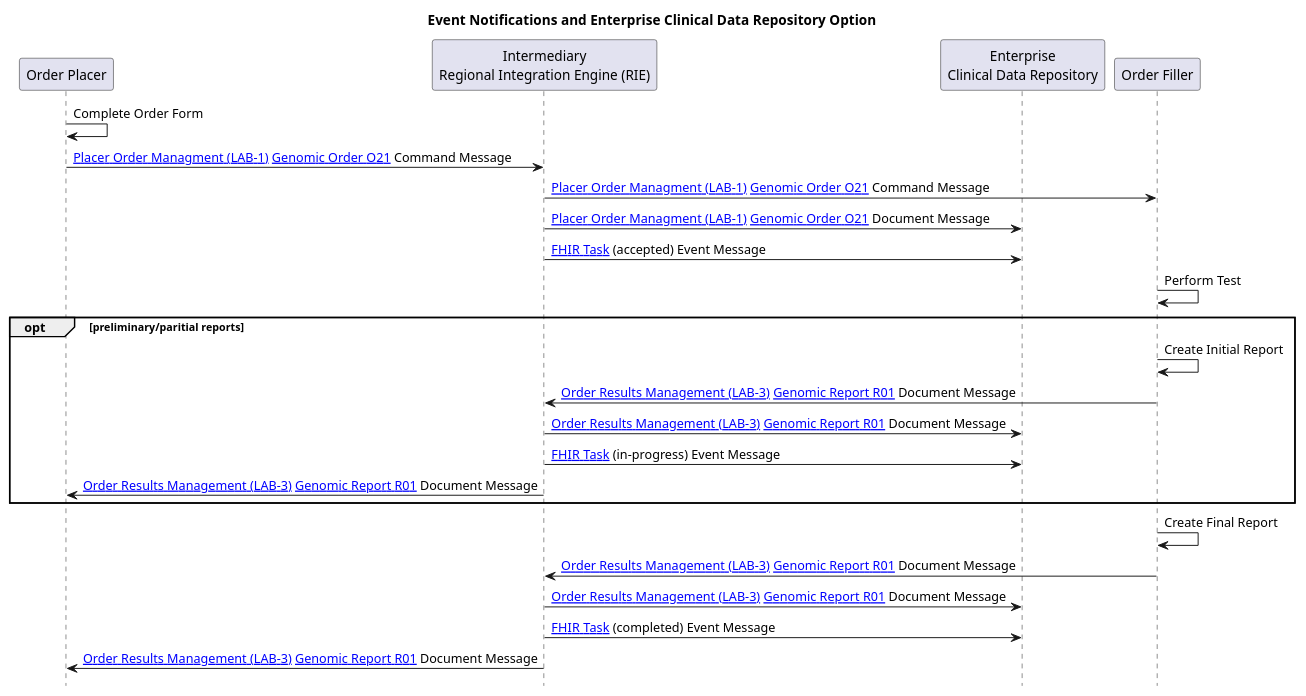
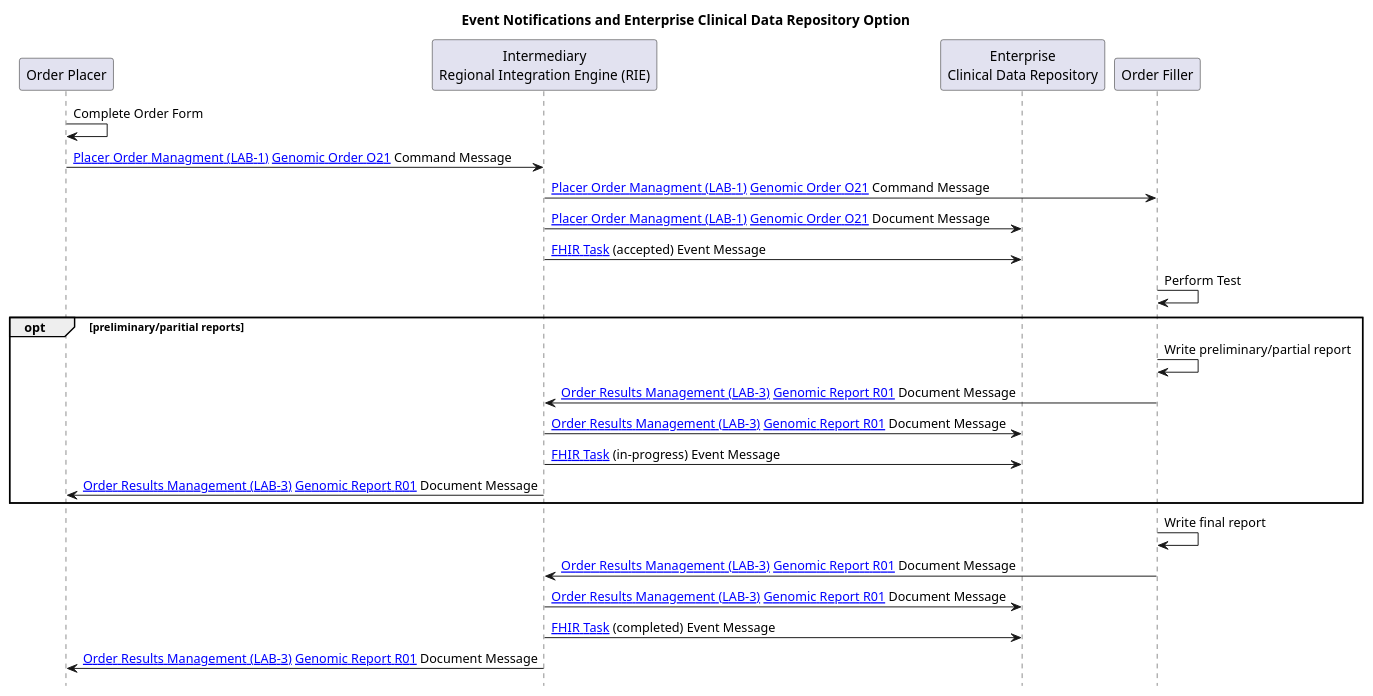
The diagram in input/images-source/LTW-cdr-sequence.plantuml (nw-gmsa/nw-gmsa.github.com), drawn with PlantUML before and after one commit. The commit also changed 3 other files, not shown here.

```diff
--- a/input/images-source/LTW-cdr-sequence.plantuml
+++ b/input/images-source/LTW-cdr-sequence.plantuml
@@ -1,39 +1,39 @@
 @startuml
 
 skinparam svgDimensionStyle false
 
 hide footbox
 
 title "Event Notifications and Enterprise Clinical Data Repository Option"
 
 participant "Order Placer" as EPR
 participant "Intermediary\nRegional Integration Engine (RIE)" as TIE
 participant "Enterprise\nClinical Data Repository" as CDR
 participant "Order Filler" as LIMS
 
 
 EPR -> EPR: Complete Order Form
 EPR -> TIE: [[LAB-1.html Placer Order Managment (LAB-1)]] [[DDD-TestOrder.html Genomic Order O21]] Command Message
 TIE -> LIMS: [[LAB-1.html Placer Order Managment (LAB-1)]] [[DDD-TestOrder.html Genomic Order O21]] Command Message
 TIE -> CDR: [[LAB-1.html Placer Order Managment (LAB-1)]] [[DDD-TestOrder.html Genomic Order O21]] Document Message
 TIE -> CDR: [[StructureDefinition-Task.html FHIR Task]] (accepted) Event Message
 
 LIMS -> LIMS: Perform Test
 
 opt preliminary/paritial reports
-LIMS -> LIMS: Create Initial Report
+LIMS -> LIMS: Write preliminary/partial report
 LIMS -> TIE: [[LAB-3.html Order Results Management (LAB-3)]] [[DDD-TestReport.html Genomic Report R01]] Document Message
 TIE -> CDR: [[LAB-3.html Order Results Management (LAB-3)]] [[DDD-TestReport.html Genomic Report R01]] Document Message
 TIE -> CDR: [[StructureDefinition-Task.html FHIR Task]] (in-progress) Event Message
 TIE -> EPR: [[LAB-3.html Order Results Management (LAB-3)]] [[DDD-TestReport.html Genomic Report R01]] Document Message
 
 end
 
-LIMS -> LIMS: Create Final Report
+LIMS -> LIMS: Write final report
 LIMS -> TIE: [[LAB-3.html Order Results Management (LAB-3)]] [[DDD-TestReport.html Genomic Report R01]] Document Message
 TIE -> CDR: [[LAB-3.html Order Results Management (LAB-3)]] [[DDD-TestReport.html Genomic Report R01]] Document Message
 TIE -> CDR: [[StructureDefinition-Task.html FHIR Task]] (completed) Event Message
 
 TIE -> EPR: [[LAB-3.html Order Results Management (LAB-3)]] [[DDD-TestReport.html Genomic Report R01]] Document Message
 
 @enduml
```
